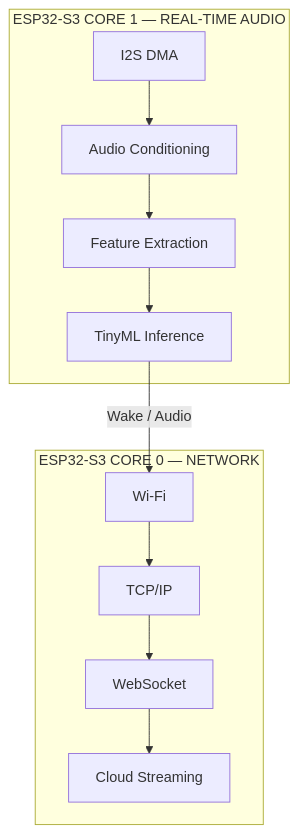
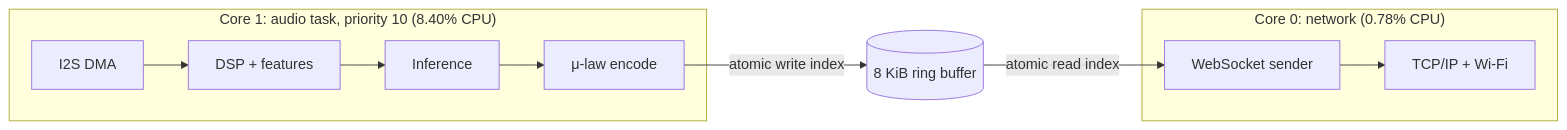
One commit to Raj24-dev/Kws changed the sixth of 12 diagrams in README.md. Above: the diagram before and after it, drawn with Mermaid. The commit also changed other lines of this file, not shown here.

````diff
--- a/README.md
+++ b/README.md
@@ -649,21 +139,11 @@
 ```mermaid
-flowchart TB
-
-    subgraph C1["ESP32-S3 CORE 1 — REAL-TIME AUDIO"]
-        A["I2S DMA"]
-        B["Audio Conditioning"]
-        C["Feature Extraction"]
-        D["TinyML Inference"]
+flowchart LR
+    subgraph C1["Core 1: audio task, priority 10 (8.40% CPU)"]
+        a["I2S DMA"] --> b["DSP + features"] --> c["Inference"] --> d["μ-law encode"]
     end
-
-    subgraph C0["ESP32-S3 CORE 0 — NETWORK"]
-        E["Wi-Fi"]
-        F["TCP/IP"]
-        G["WebSocket"]
-        H["Cloud Streaming"]
+    d -->|"atomic write index"| R[("8 KiB ring buffer")]
+    R -->|"atomic read index"| e
+    subgraph C0["Core 0: network (0.78% CPU)"]
+        e["WebSocket sender"] --> f["TCP/IP + Wi-Fi"]
     end
-
-    A --> B --> C --> D
-    D -->|"Wake / Audio"| E
-    E --> F --> G --> H
 ```
````
